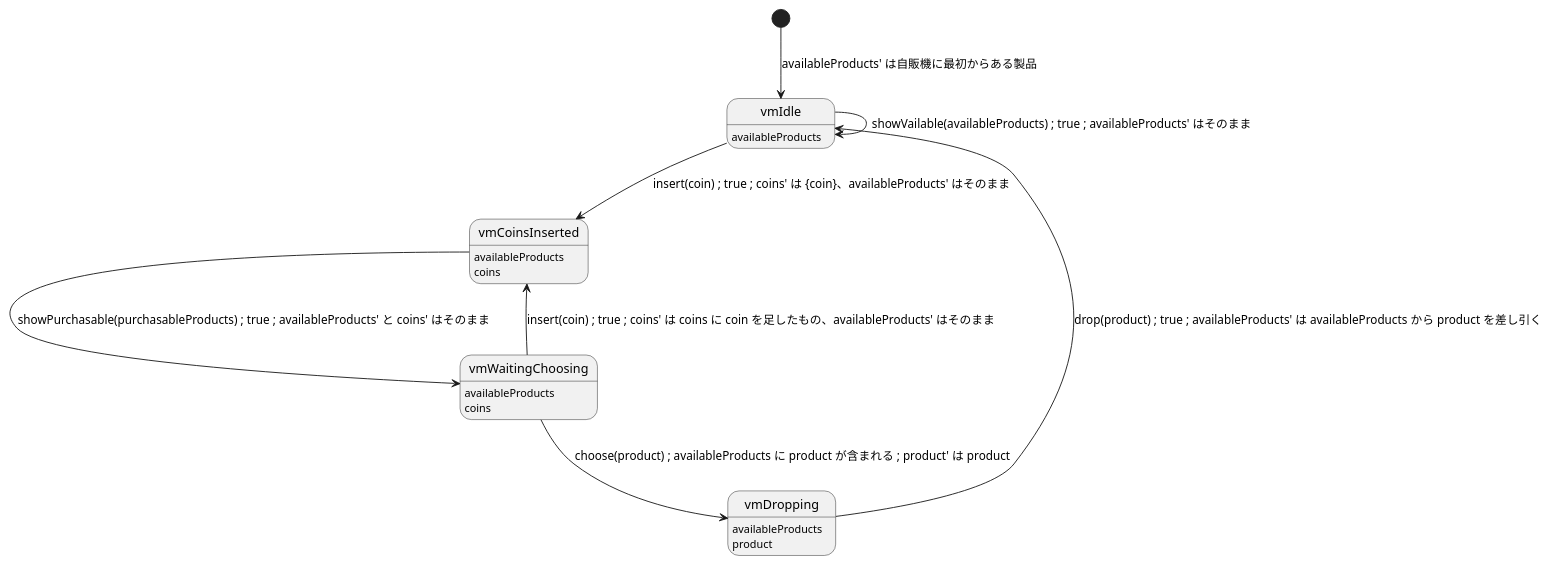
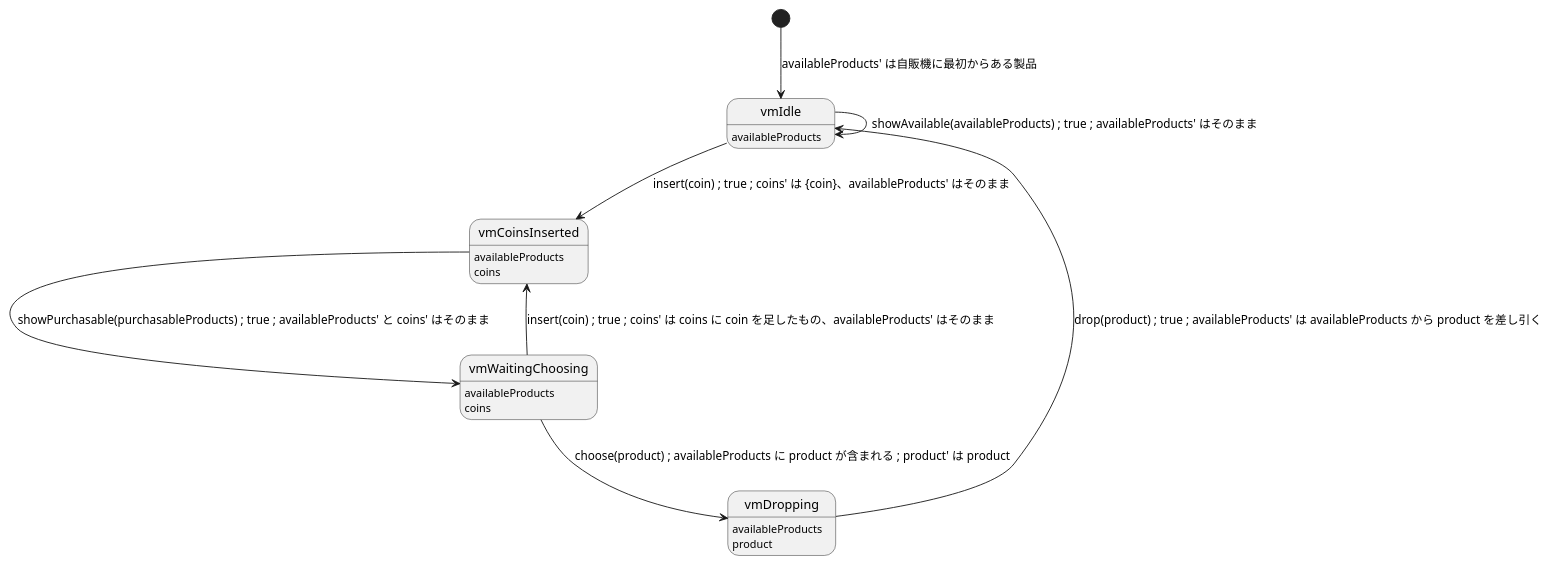
Before and after one commit to Kuniwak/puml-parallel: the diagram in examples/vendormachine.puml, drawn with PlantUML.

```diff
--- a/examples/vendormachine.puml
+++ b/examples/vendormachine.puml
@@ -1,23 +1,23 @@
 @startuml
 
 state "vmIdle" as vmIdle
 vmIdle: availableProducts
 state "vmCoinsInserted" as vmCoinsInserted
 vmCoinsInserted: availableProducts
 vmCoinsInserted: coins
 state "vmWaitingChoosing" as vmWaitingChoosing
 vmWaitingChoosing: availableProducts
 vmWaitingChoosing: coins
 state "vmDropping" as vmDropping
 vmDropping: availableProducts
 vmDropping: product
 
 [*] --> vmIdle : availableProducts' は自販機に最初からある製品
-vmIdle --> vmIdle : showVailable(availableProducts) ; true ; availableProducts' はそのまま
+vmIdle --> vmIdle : showAvailable(availableProducts) ; true ; availableProducts' はそのまま
 vmIdle --> vmCoinsInserted : insert(coin) ; true ; coins' は {coin}、availableProducts' はそのまま
 vmCoinsInserted --> vmWaitingChoosing : showPurchasable(purchasableProducts) ; true ; availableProducts' と coins' はそのまま
 vmWaitingChoosing --> vmCoinsInserted : insert(coin) ; true ; coins' は coins に coin を足したもの、availableProducts' はそのまま
 vmWaitingChoosing --> vmDropping : choose(product) ; availableProducts に product が含まれる ; product' は product
 vmDropping --> vmIdle : drop(product) ; true ; availableProducts' は availableProducts から product を差し引く
 
 @enduml
```
